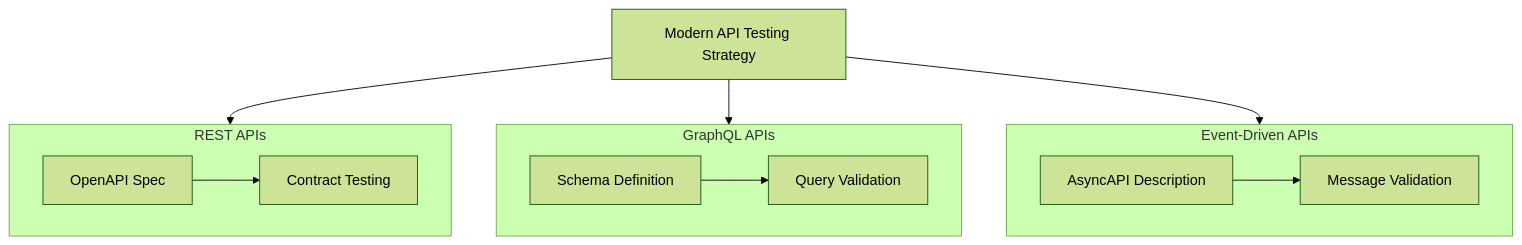
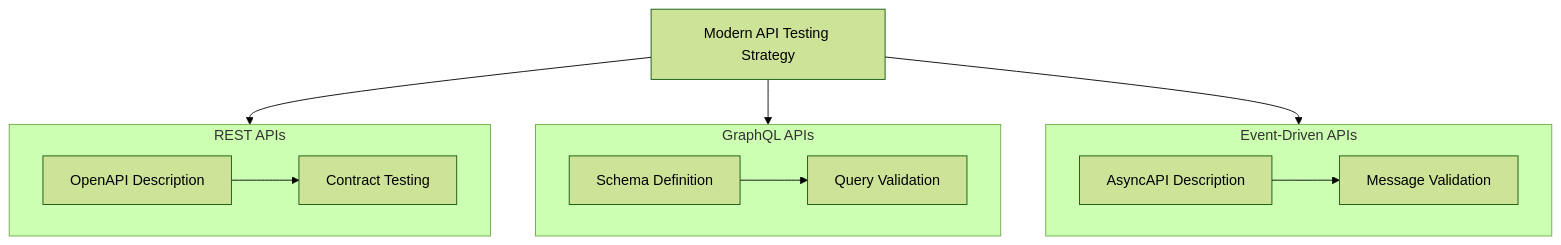
The first of 3 diagrams in learn/testing/tools-for-api-testing-in-2025.md (Redocly/website), drawn with Mermaid (forest theme) before and after one commit. The commit also changed other lines of this file, not shown here.

Commit message:
learn/testing: address PR review comments - fix defect cost figures, configurable rule syntax, terminology (OpenAPI description), heading structure, Choose-this clarity, and remove trailing whitespace

````diff
--- a/learn/testing/tools-for-api-testing-in-2025.md
+++ b/learn/testing/tools-for-api-testing-in-2025.md
@@ -28,18 +28,18 @@
 ```mermaid
 graph TB
     subgraph REST["REST APIs"]
-        A1[OpenAPI Spec] --> A2[Contract Testing]
+        A1[OpenAPI Description] --> A2[Contract Testing]
     end
 
     subgraph GraphQL["GraphQL APIs"]
         B1[Schema Definition] --> B2[Query Validation]
     end
 
     subgraph AsyncAPI["Event-Driven APIs"]
         C1[AsyncAPI Description] --> C2[Message Validation]
     end
 
     D[Modern API Testing Strategy] --> REST
     D --> GraphQL
     D --> AsyncAPI
 ```
````
